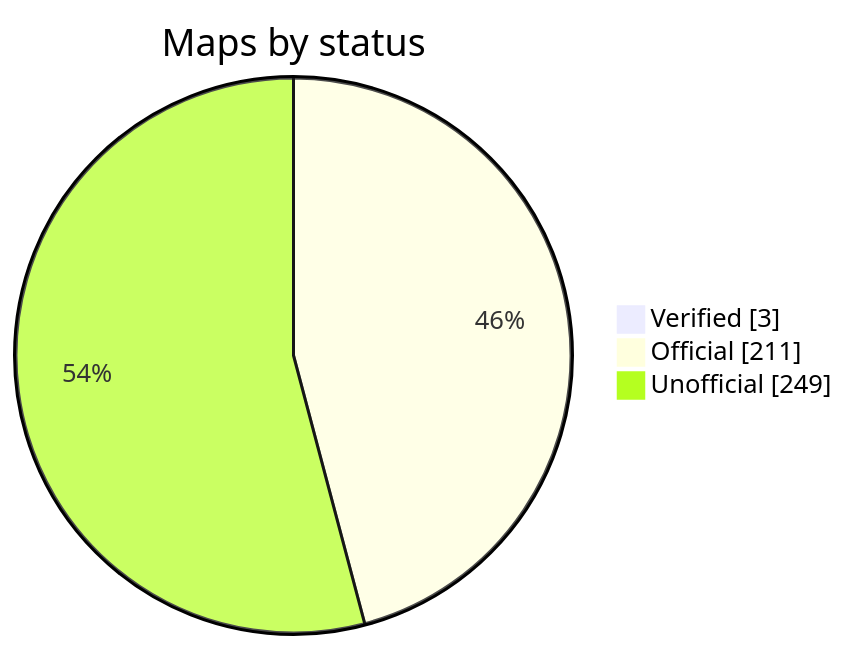
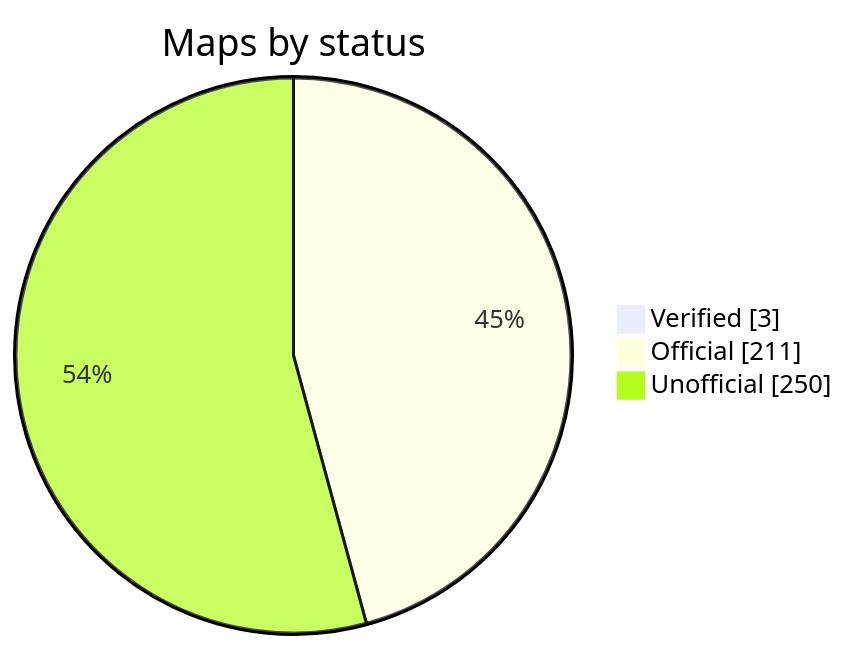
Before and after one commit to nobrega8/mbmap-library: the diagram in README.md, drawn with Mermaid. The commit also changed 2 other files, not shown here.

Commit message:
Add WAGO 879-3000 energy meter (unofficial)

````diff
--- a/README.md
+++ b/README.md
@@ -48,7 +48,7 @@
 ```mermaid
 pie showData
     title Maps by status
     "Verified" : 3
     "Official" : 211
-    "Unofficial" : 249
+    "Unofficial" : 250
 ```
````
